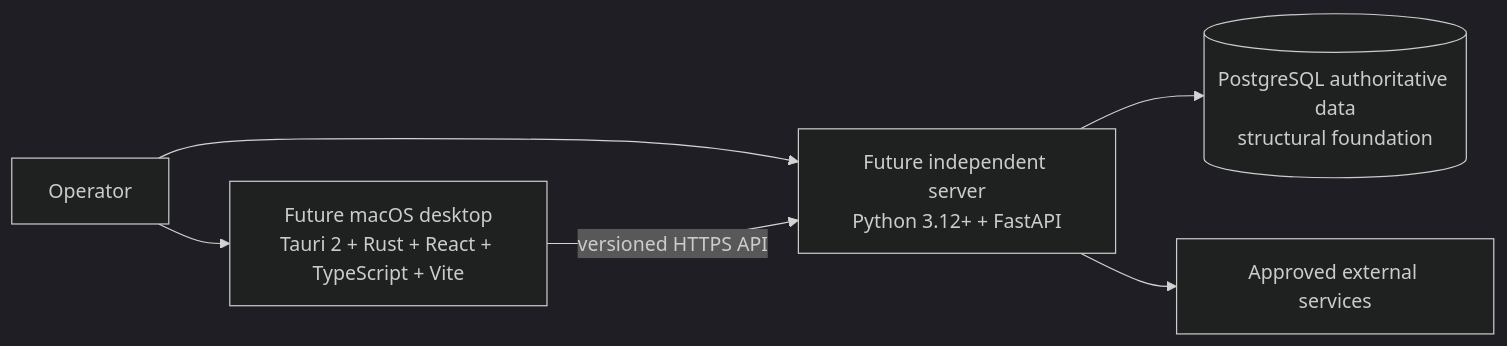
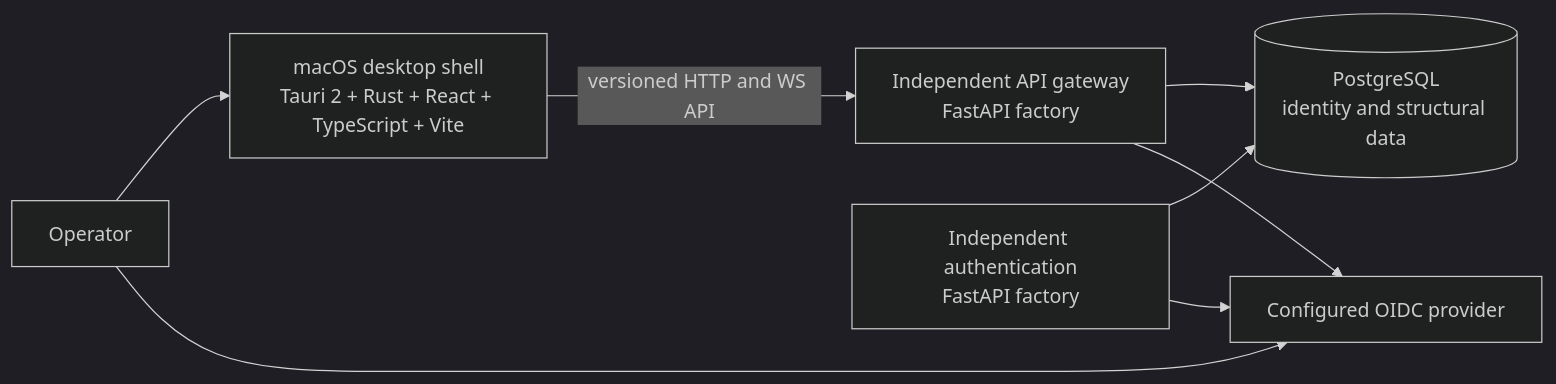
The diagram in docs/architecture/SYSTEM_CONTEXT.md (cbnbuilders47-source/pentagon5-foundation), drawn with Mermaid (dark theme) before and after one commit. The commit also changed other lines of this file and 96 other files, not shown here.

````diff
--- a/docs/architecture/SYSTEM_CONTEXT.md
+++ b/docs/architecture/SYSTEM_CONTEXT.md
@@ -16,14 +16,17 @@
 ```mermaid
 flowchart LR
     Person[Operator]
-    Desktop[Future macOS desktop<br/>Tauri 2 + Rust + React + TypeScript + Vite]
-    API[Future independent server<br/>Python 3.12+ + FastAPI]
-    Data[(PostgreSQL authoritative data<br/>structural foundation)]
-    External[Approved external services]
+    Desktop[macOS desktop shell<br/>Tauri 2 + Rust + React + TypeScript + Vite]
+    Gateway[Independent API gateway<br/>FastAPI factory]
+    Auth[Independent authentication<br/>FastAPI factory]
+    Data[(PostgreSQL<br/>identity and structural data)]
+    OIDC[Configured OIDC provider]
 
     Person --> Desktop
-    Person --> API
-    Desktop -->|versioned HTTPS API| API
-    API --> Data
-    API --> External
+    Desktop -->|versioned HTTP and WS API| Gateway
+    Person --> OIDC
+    Gateway --> Data
+    Auth --> Data
+    Gateway --> OIDC
+    Auth --> OIDC
 ```
````
